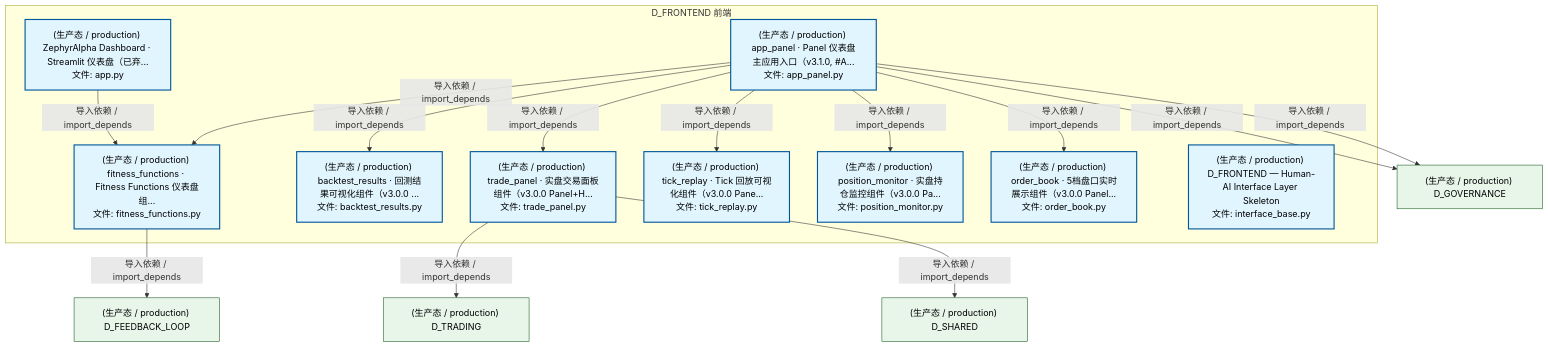
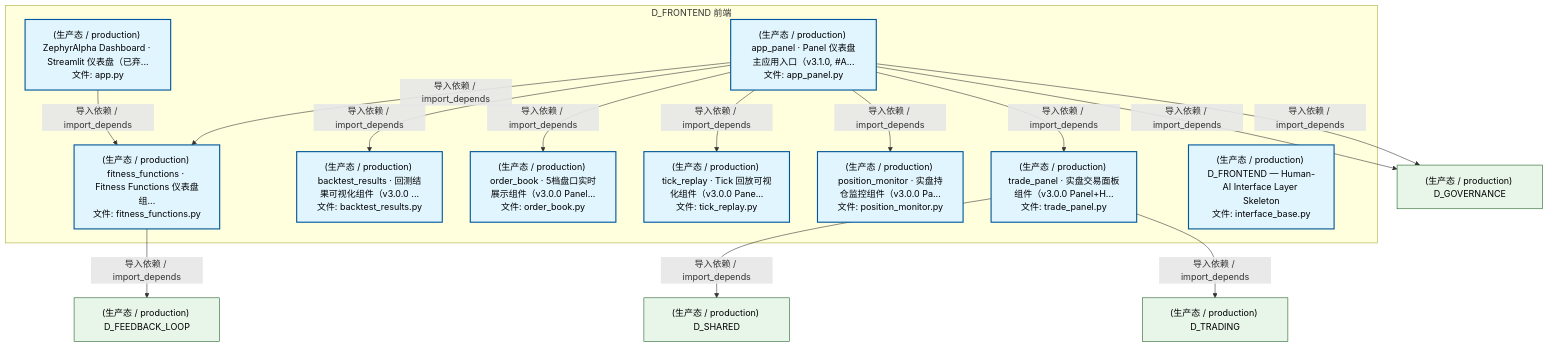
Before and after one commit to xuanFelixVan/ZephyrAlpha: the second of 5 diagrams in docs/02_enterprise_architecture/02_domain_architecture_docs/15_d_frontend.md, drawn with Mermaid. The commit also changed other lines of this file and 102 other files, not shown here.

````diff
--- a/docs/02_enterprise_architecture/02_domain_architecture_docs/15_d_frontend.md
+++ b/docs/02_enterprise_architecture/02_domain_architecture_docs/15_d_frontend.md
@@ -165,36 +165,36 @@
 ```mermaid
 graph TD
     subgraph D_FRONTEND["D_FRONTEND 前端"]
         src_zephyr_frontend_dashboard_app_py["(生产态 / production) ZephyrAlpha Dashboard · Streamlit 仪表盘（已弃...<br/>文件: app.py"]
         src_zephyr_frontend_dashboard_app_panel_py["(生产态 / production) app_panel · Panel 仪表盘主应用入口（v3.1.0, #A...<br/>文件: app_panel.py"]
         src_zephyr_frontend_dashboard_components_backtest_results_py["(生产态 / production) backtest_results · 回测结果可视化组件（v3.0.0 ...<br/>文件: backtest_results.py"]
         src_zephyr_frontend_dashboard_components_fitness_functions_py["(生产态 / production) fitness_functions · Fitness Functions 仪表盘组...<br/>文件: fitness_functions.py"]
         src_zephyr_frontend_dashboard_components_order_book_py["(生产态 / production) order_book · 5档盘口实时展示组件（v3.0.0 Panel...<br/>文件: order_book.py"]
         src_zephyr_frontend_dashboard_components_position_monitor_py["(生产态 / production) position_monitor · 实盘持仓监控组件（v3.0.0 Pa...<br/>文件: position_monitor.py"]
         src_zephyr_frontend_dashboard_components_tick_replay_py["(生产态 / production) tick_replay · Tick 回放可视化组件（v3.0.0 Pane...<br/>文件: tick_replay.py"]
         src_zephyr_frontend_dashboard_components_trade_panel_py["(生产态 / production) trade_panel · 实盘交易面板组件（v3.0.0 Panel+H...<br/>文件: trade_panel.py"]
         src_zephyr_frontend_interface_base_py["(生产态 / production) D_FRONTEND — Human-AI Interface Layer Skeleton<br/>文件: interface_base.py"]
     end
     src_zephyr_frontend_dashboard_app_py -->|导入依赖 / import_depends| src_zephyr_frontend_dashboard_components_fitness_functions_py
     src_zephyr_frontend_dashboard_app_panel_py -->|导入依赖 / import_depends| src_zephyr_frontend_dashboard_components_fitness_functions_py
     src_zephyr_frontend_dashboard_app_panel_py -->|导入依赖 / import_depends| src_zephyr_frontend_dashboard_components_backtest_results_py
-    src_zephyr_frontend_dashboard_app_panel_py -->|导入依赖 / import_depends| src_zephyr_frontend_dashboard_components_trade_panel_py
+    src_zephyr_frontend_dashboard_app_panel_py -->|导入依赖 / import_depends| src_zephyr_frontend_dashboard_components_order_book_py
     src_zephyr_frontend_dashboard_app_panel_py -->|导入依赖 / import_depends| src_zephyr_frontend_dashboard_components_tick_replay_py
     src_zephyr_frontend_dashboard_app_panel_py -->|导入依赖 / import_depends| src_zephyr_frontend_dashboard_components_position_monitor_py
-    src_zephyr_frontend_dashboard_app_panel_py -->|导入依赖 / import_depends| src_zephyr_frontend_dashboard_components_order_book_py
-    D_TRADING["(生产态 / production) D_TRADING"]
-    src_zephyr_frontend_dashboard_components_trade_panel_py -->|导入依赖 / import_depends| D_TRADING
+    src_zephyr_frontend_dashboard_app_panel_py -->|导入依赖 / import_depends| src_zephyr_frontend_dashboard_components_trade_panel_py
     D_GOVERNANCE["(生产态 / production) D_GOVERNANCE"]
     src_zephyr_frontend_dashboard_app_panel_py -->|导入依赖 / import_depends| D_GOVERNANCE
     D_FEEDBACK_LOOP["(生产态 / production) D_FEEDBACK_LOOP"]
     src_zephyr_frontend_dashboard_components_fitness_functions_py -->|导入依赖 / import_depends| D_FEEDBACK_LOOP
     D_SHARED["(生产态 / production) D_SHARED"]
     src_zephyr_frontend_dashboard_components_trade_panel_py -->|导入依赖 / import_depends| D_SHARED
     src_zephyr_frontend_dashboard_app_panel_py -->|导入依赖 / import_depends| D_GOVERNANCE
+    D_TRADING["(生产态 / production) D_TRADING"]
+    src_zephyr_frontend_dashboard_components_trade_panel_py -->|导入依赖 / import_depends| D_TRADING
     classDef production fill:#e1f5fe,stroke:#01579b,stroke-width:2px,color:#000
     classDef design fill:#fff3e0,stroke:#e65100,stroke-width:2px,color:#000,stroke-dasharray: 5 5
     classDef external_prod fill:#e8f5e9,stroke:#1b5e20,stroke-width:1px,color:#000
     classDef external_design fill:#fce4ec,stroke:#880e4f,stroke-width:1px,color:#000,stroke-dasharray: 5 5
     class src_zephyr_frontend_dashboard_app_py,src_zephyr_frontend_dashboard_app_panel_py,src_zephyr_frontend_dashboard_components_backtest_results_py,src_zephyr_frontend_dashboard_components_fitness_functions_py,src_zephyr_frontend_dashboard_components_order_book_py,src_zephyr_frontend_dashboard_components_position_monitor_py,src_zephyr_frontend_dashboard_components_tick_replay_py,src_zephyr_frontend_dashboard_components_trade_panel_py,src_zephyr_frontend_interface_base_py production
-    class D_TRADING,D_GOVERNANCE,D_FEEDBACK_LOOP,D_SHARED external_prod
+    class D_GOVERNANCE,D_FEEDBACK_LOOP,D_SHARED,D_TRADING external_prod
 ```
````
